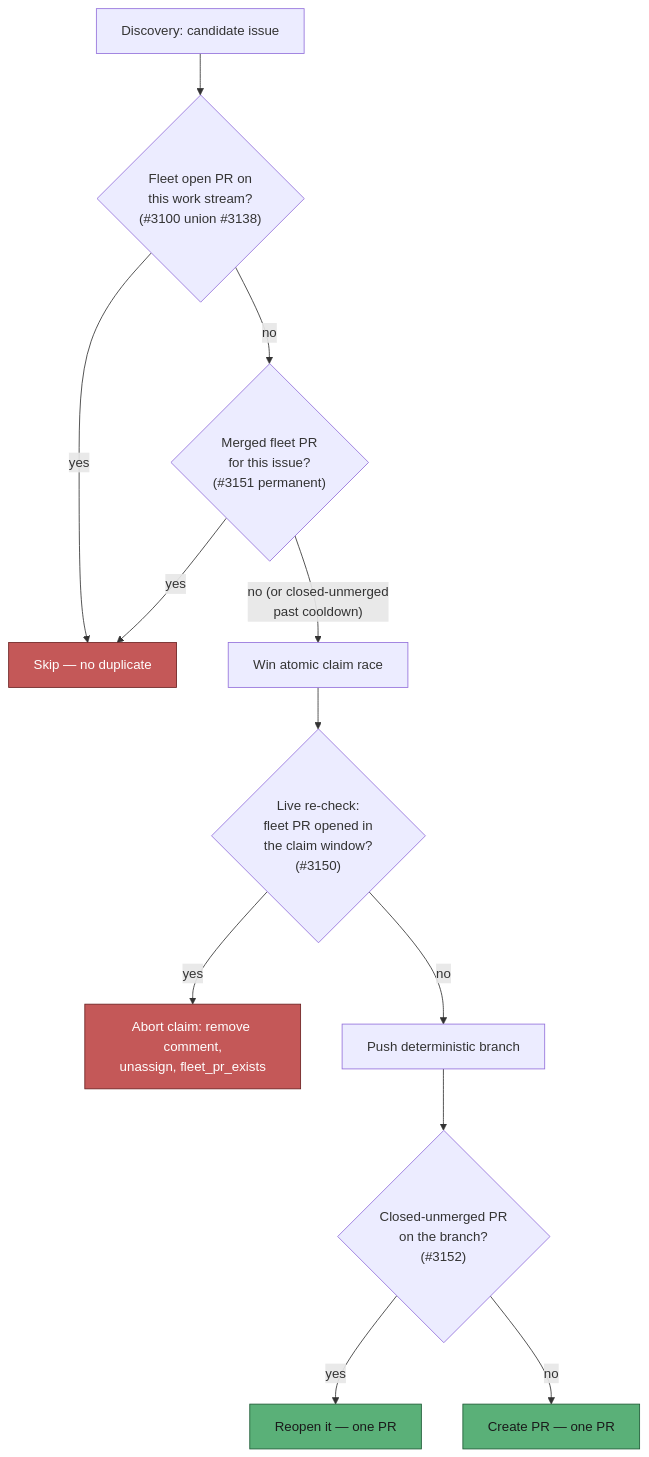
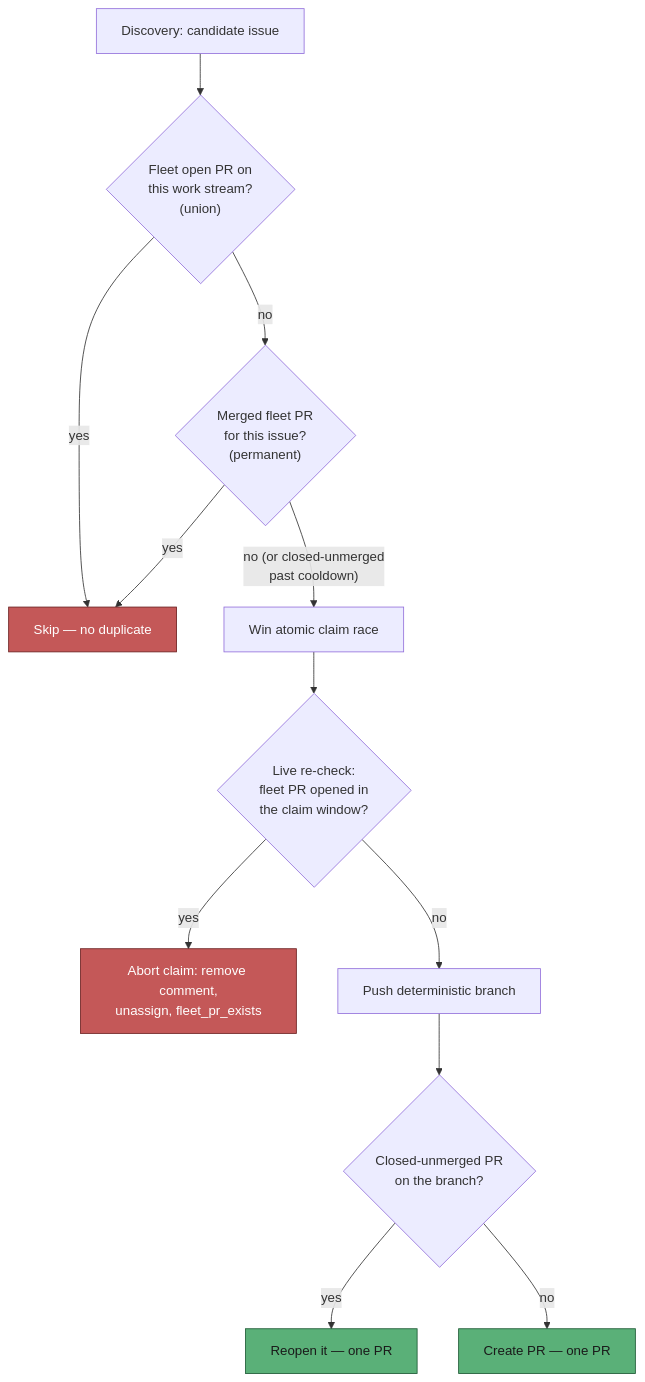
One commit to stSoftwareAU/VibeCoder changed the fourth of 8 diagrams in docs/workflows/issue-processing.md. Above: the diagram before and after it, drawn with Mermaid. The commit also changed other lines of this file and 291 other files, not shown here.

````diff
--- a/docs/workflows/issue-processing.md
+++ b/docs/workflows/issue-processing.md
@@ -222,18 +222,18 @@
 ```mermaid
 flowchart TD
-    D["Discovery: candidate issue"] --> L2{"Fleet open PR on<br/>this work stream?<br/>(#3100 union #3138)"}
+    D["Discovery: candidate issue"] --> L2{"Fleet open PR on<br/>this work stream?<br/>(union)"}
     L2 -- yes --> Skip["Skip — no duplicate"]
-    L2 -- no --> L4{"Merged fleet PR<br/>for this issue?<br/>(#3151 permanent)"}
+    L2 -- no --> L4{"Merged fleet PR<br/>for this issue?<br/>(permanent)"}
     L4 -- yes --> Skip
     L4 -- "no (or closed-unmerged<br/>past cooldown)" --> Claim["Win atomic claim race"]
-    Claim --> L3{"Live re-check:<br/>fleet PR opened in<br/>the claim window?<br/>(#3150)"}
+    Claim --> L3{"Live re-check:<br/>fleet PR opened in<br/>the claim window?<br/>"}
     L3 -- yes --> Abort["Abort claim: remove comment,<br/>unassign, fleet_pr_exists"]
     L3 -- no --> Push["Push deterministic branch"]
-    Push --> L5{"Closed-unmerged PR<br/>on the branch?<br/>(#3152)"}
+    Push --> L5{"Closed-unmerged PR<br/>on the branch?<br/>"}
     L5 -- yes --> Reopen["Reopen it — one PR"]
     L5 -- no --> Create["Create PR — one PR"]
     style Skip fill:#c45858,stroke:#6b2020,color:#fff
     style Abort fill:#c45858,stroke:#6b2020,color:#fff
     style Reopen fill:#5ab078,stroke:#1d5a35,color:#1a1a1a
     style Create fill:#5ab078,stroke:#1d5a35,color:#1a1a1a
 ```
````
